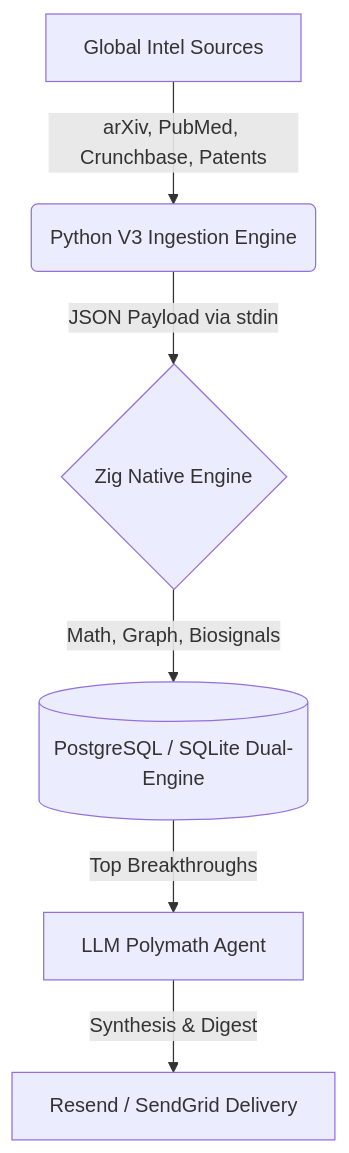
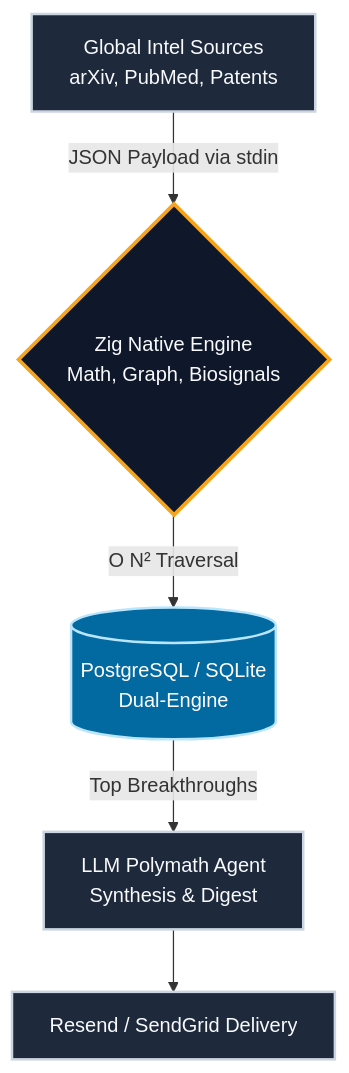
Before and after one commit to Noetica-Intelligence/Noetica: the diagram in README.md, drawn with Mermaid. The commit also changed other lines of this file, not shown here.

````diff
--- a/README.md
+++ b/README.md
@@ -51,8 +62,12 @@
 ```mermaid
 graph TD
-    A[Global Intel Sources] -->|arXiv, PubMed, Crunchbase, Patents| B(Python V3 Ingestion Engine)
-    B -->|JSON Payload via stdin| C{Zig Native Engine}
-    C -->|Math, Graph, Biosignals| D[(PostgreSQL / SQLite Dual-Engine)]
-    D -->|Top Breakthroughs| E[LLM Polymath Agent]
-    E -->|Synthesis & Digest| F[Resend / SendGrid Delivery]
+    %% Styling
+    classDef default fill:#1e293b,stroke:#cbd5e1,stroke-width:2px,color:#f8fafc;
+    classDef native fill:#0f172a,stroke:#F7A41D,stroke-width:3px,color:#f8fafc;
+    classDef db fill:#0369a1,stroke:#bae6fd,stroke-width:2px,color:#ffffff;
+    
+    A[Global Intel Sources<br/>arXiv, PubMed, Patents] -->|JSON Payload via stdin| B
+    B{Zig Native Engine<br/>Math, Graph, Biosignals}:::native -->|O N² Traversal| C
+    C[(PostgreSQL / SQLite<br/>Dual-Engine)]:::db -->|Top Breakthroughs| D
+    D[LLM Polymath Agent<br/>Synthesis & Digest] --> E[Resend / SendGrid Delivery]
 ```
````
